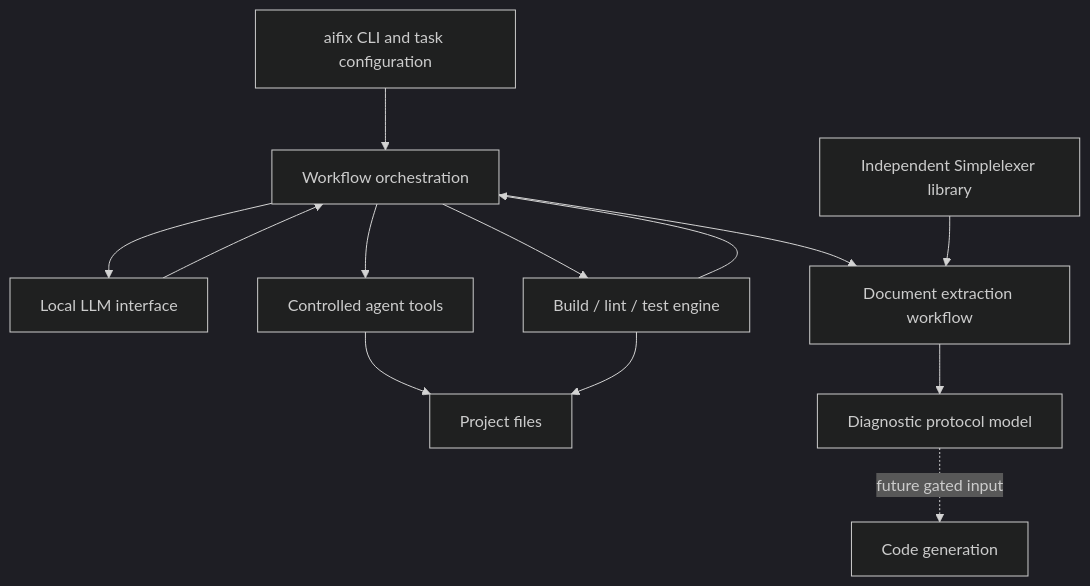
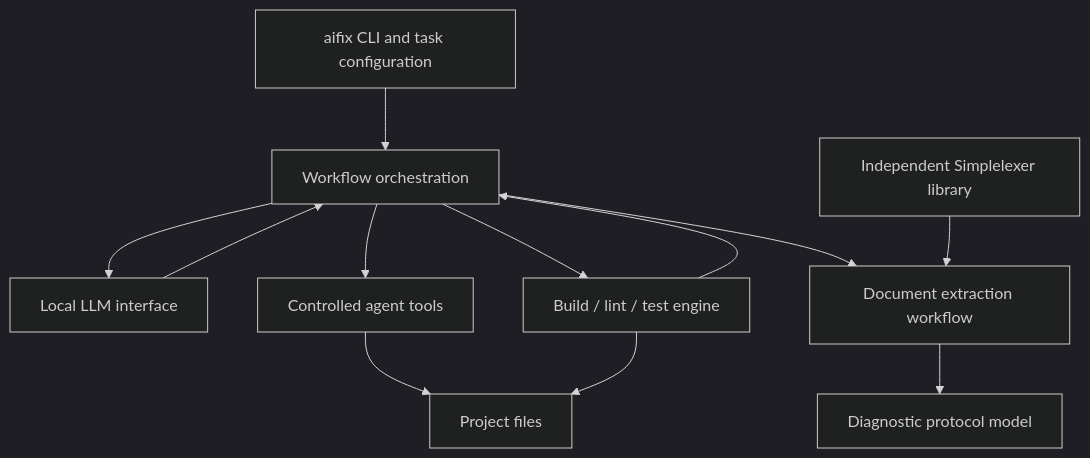
Before and after one commit to witold-k/aiagents: the first of 4 diagrams in README.md, drawn with Mermaid (dark theme). The commit also changed other lines of this file and 33 other files, not shown here.

````diff
--- a/README.md
+++ b/README.md
@@ -65,15 +71,14 @@
 ```mermaid
 flowchart TD
     CLI[aifix CLI and task configuration] --> W[Workflow orchestration]
     W --> L[Local LLM interface]
     W --> T[Controlled agent tools]
     W --> B[Build / lint / test engine]
     T --> F[Project files]
     B --> F
     B --> W
     L --> W
     W --> E[Document extraction workflow]
     S[Independent Simplelexer library] --> E
     E --> M[Diagnostic protocol model]
-    M -. future gated input .-> G[Code generation]
 ```
````
